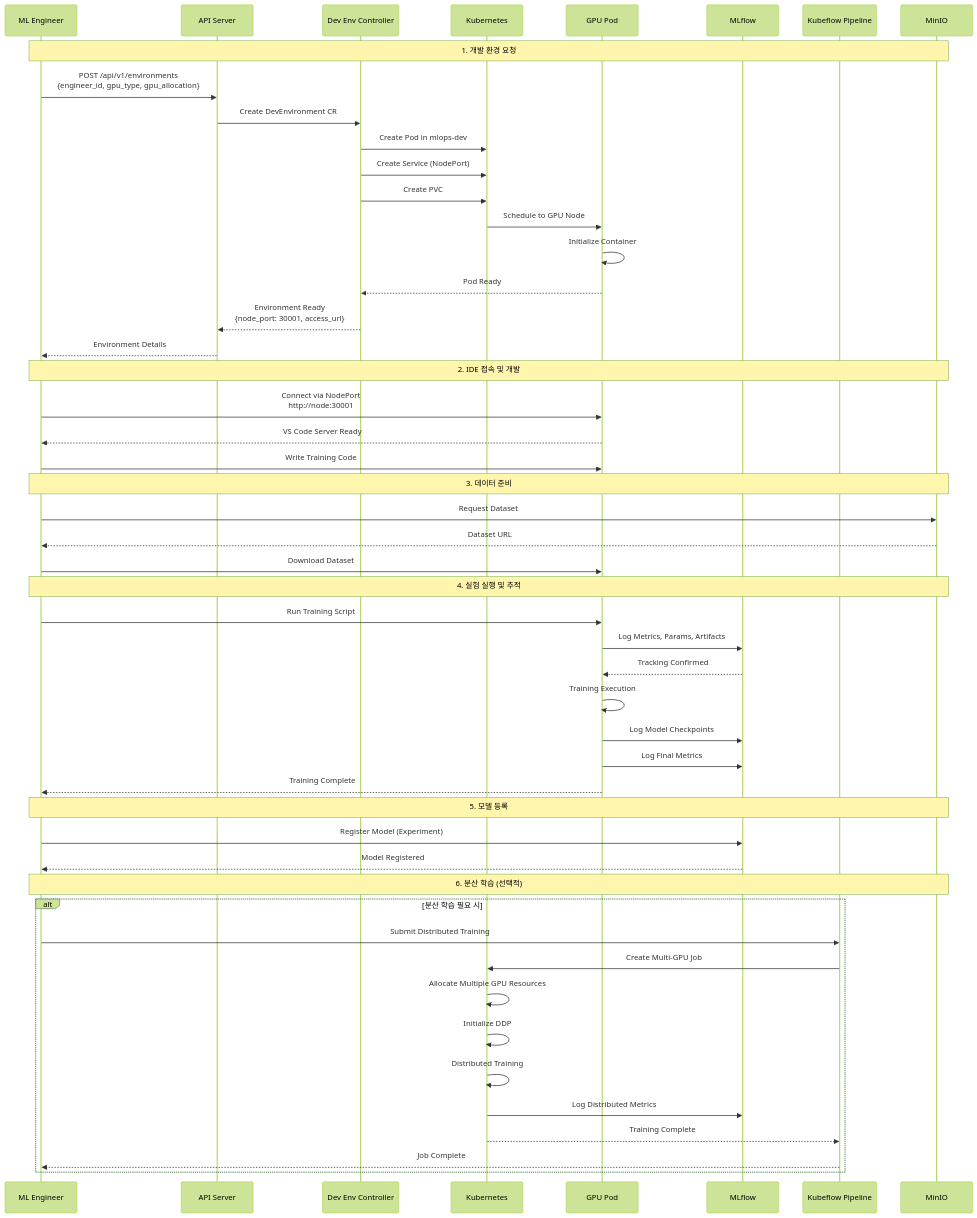
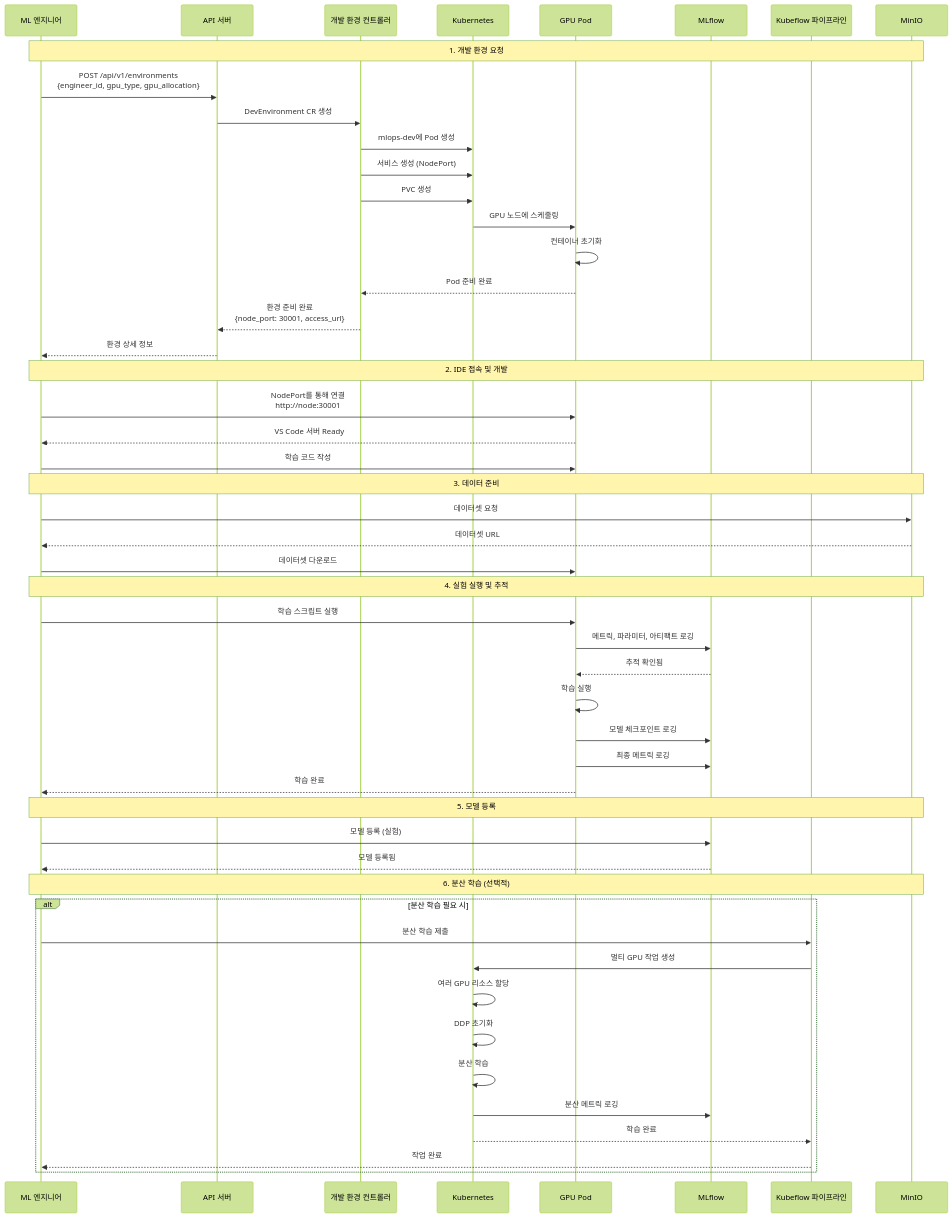
The fourth of 6 diagrams in docs/MLOps-Platform-Design.md (as950118/mlops-platform), drawn with Mermaid (forest theme) before and after one commit. The commit also changed other lines of this file, not shown here.

Commit message:
[docs] mlops

````diff
--- a/docs/MLOps-Platform-Design.md
+++ b/docs/MLOps-Platform-Design.md
@@ -263,58 +263,58 @@
 ```mermaid
 sequenceDiagram
-    participant ML as ML Engineer
-    participant API as API Server
-    participant Controller as Dev Env Controller
+    participant ML as ML 엔지니어
+    participant API as API 서버
+    participant Controller as 개발 환경 컨트롤러
     participant K8s as Kubernetes
     participant Pod as GPU Pod
     participant MLflow as MLflow
-    participant Pipeline as Kubeflow Pipeline
+    participant Pipeline as Kubeflow 파이프라인
     participant DataLake as MinIO
 
     Note over ML,DataLake: 1. 개발 환경 요청
     ML->>API: POST /api/v1/environments<br/>{engineer_id, gpu_type, gpu_allocation}
-    API->>Controller: Create DevEnvironment CR
-    Controller->>K8s: Create Pod in mlops-dev
-    Controller->>K8s: Create Service (NodePort)
-    Controller->>K8s: Create PVC
-    K8s->>Pod: Schedule to GPU Node
-    Pod->>Pod: Initialize Container
-    Pod-->>Controller: Pod Ready
-    Controller-->>API: Environment Ready<br/>{node_port: 30001, access_url}
-    API-->>ML: Environment Details
+    API->>Controller: DevEnvironment CR 생성
+    Controller->>K8s: mlops-dev에 Pod 생성
+    Controller->>K8s: 서비스 생성 (NodePort)
+    Controller->>K8s: PVC 생성
+    K8s->>Pod: GPU 노드에 스케줄링
+    Pod->>Pod: 컨테이너 초기화
+    Pod-->>Controller: Pod 준비 완료
+    Controller-->>API: 환경 준비 완료<br/>{node_port: 30001, access_url}
+    API-->>ML: 환경 상세 정보
 
     Note over ML,DataLake: 2. IDE 접속 및 개발
-    ML->>Pod: Connect via NodePort<br/>http://node:30001
-    Pod-->>ML: VS Code Server Ready
-    ML->>Pod: Write Training Code
+    ML->>Pod: NodePort를 통해 연결<br/>http://node:30001
+    Pod-->>ML: VS Code 서버 Ready
+    ML->>Pod: 학습 코드 작성
 
     Note over ML,DataLake: 3. 데이터 준비
-    ML->>DataLake: Request Dataset
-    DataLake-->>ML: Dataset URL
-    ML->>Pod: Download Dataset
+    ML->>DataLake: 데이터셋 요청
+    DataLake-->>ML: 데이터셋 URL
+    ML->>Pod: 데이터셋 다운로드
 
     Note over ML,DataLake: 4. 실험 실행 및 추적
-    ML->>Pod: Run Training Script
-    Pod->>MLflow: Log Metrics, Params, Artifacts
-    MLflow-->>Pod: Tracking Confirmed
-    Pod->>Pod: Training Execution
-    Pod->>MLflow: Log Model Checkpoints
-    Pod->>MLflow: Log Final Metrics
-    Pod-->>ML: Training Complete
+    ML->>Pod: 학습 스크립트 실행
+    Pod->>MLflow: 메트릭, 파라미터, 아티팩트 로깅
+    MLflow-->>Pod: 추적 확인됨
+    Pod->>Pod: 학습 실행
+    Pod->>MLflow: 모델 체크포인트 로깅
+    Pod->>MLflow: 최종 메트릭 로깅
+    Pod-->>ML: 학습 완료
 
     Note over ML,DataLake: 5. 모델 등록
-    ML->>MLflow: Register Model (Experiment)
-    MLflow-->>ML: Model Registered
+    ML->>MLflow: 모델 등록 (실험)
+    MLflow-->>ML: 모델 등록됨
 
     Note over ML,DataLake: 6. 분산 학습 (선택적)
     alt 분산 학습 필요 시
-        ML->>Pipeline: Submit Distributed Training
-        Pipeline->>K8s: Create Multi-GPU Job
-        K8s->>K8s: Allocate Multiple GPU Resources
-        K8s->>K8s: Initialize DDP
-        K8s->>K8s: Distributed Training
-        K8s->>MLflow: Log Distributed Metrics
-        K8s-->>Pipeline: Training Complete
-        Pipeline-->>ML: Job Complete
+        ML->>Pipeline: 분산 학습 제출
+        Pipeline->>K8s: 멀티 GPU 작업 생성
+        K8s->>K8s: 여러 GPU 리소스 할당
+        K8s->>K8s: DDP 초기화
+        K8s->>K8s: 분산 학습
+        K8s->>MLflow: 분산 메트릭 로깅
+        K8s-->>Pipeline: 학습 완료
+        Pipeline-->>ML: 작업 완료
     end
 ```
````
